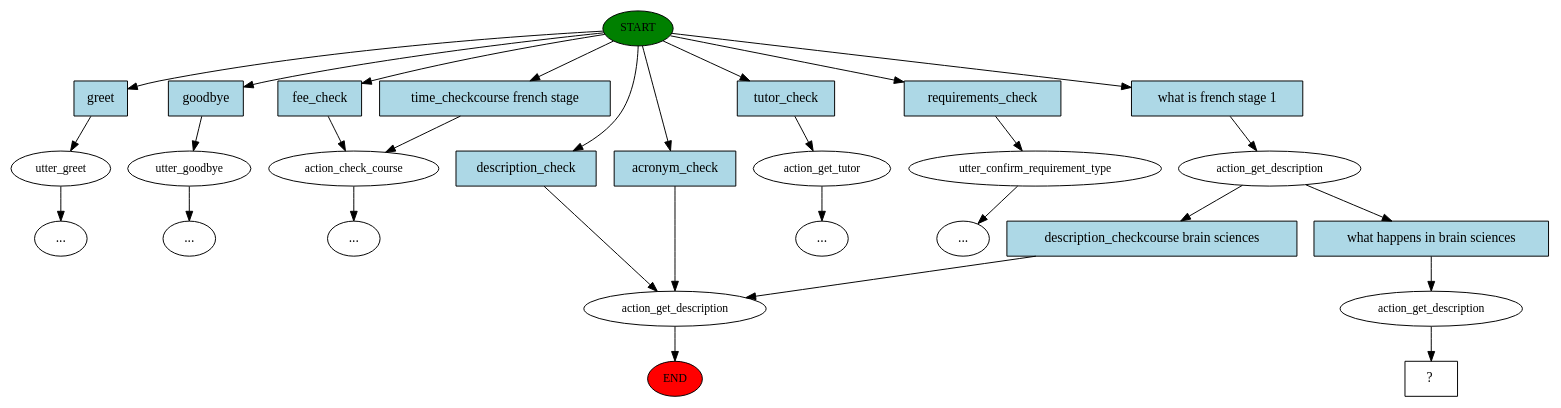
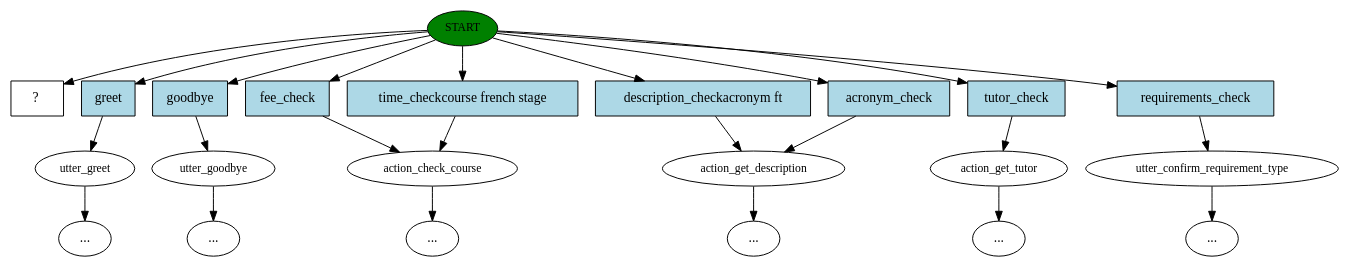
The diagram in chat-service/model/story_graph.dot (leonore/ugenie), drawn with Graphviz before and after one commit. The commit also changed 3 other files, not shown here.

```diff
--- a/chat-service/model/story_graph.dot
+++ b/chat-service/model/story_graph.dot
@@ -1,58 +1,47 @@
 digraph  {
 0 [class="start active", fillcolor=green, fontsize=12, label=START, style=filled];
-"-1" [class=end, fillcolor=red, fontsize=12, label=END, style=filled];
 1 [class="", fontsize=12, label=utter_greet];
 "-3" [class=ellipsis, label="..."];
 2 [class="", fontsize=12, label=utter_goodbye];
 "-4" [class=ellipsis, label="..."];
 3 [class="", fontsize=12, label=action_check_course];
 7 [class="", fontsize=12, label=action_get_description];
 9 [class="", fontsize=12, label=action_get_tutor];
-"-9" [class=ellipsis, label="..."];
+"-11" [class=ellipsis, label="..."];
 10 [class="", fontsize=12, label=utter_confirm_requirement_type];
-"-10" [class=ellipsis, label="..."];
 "-12" [class=ellipsis, label="..."];
-13 [class=active, fontsize=12, label=action_get_description];
-16 [class=active, fontsize=12, label=action_get_description];
-17 [class="intent dashed active", label="  ?  ", shape=rect];
-18 [class=intent, fillcolor=lightblue, label=greet, shape=rect, style=filled];
-19 [class=intent, fillcolor=lightblue, label=goodbye, shape=rect, style=filled];
-20 [class=intent, fillcolor=lightblue, label=fee_check, shape=rect, style=filled];
-21 [class=intent, fillcolor=lightblue, label="time_checkcourse french stage", shape=rect, style=filled];
-22 [class=intent, fillcolor=lightblue, label=description_check, shape=rect, style=filled];
-23 [class=intent, fillcolor=lightblue, label=acronym_check, shape=rect, style=filled];
-24 [class=intent, fillcolor=lightblue, label=tutor_check, shape=rect, style=filled];
-25 [class=intent, fillcolor=lightblue, label=requirements_check, shape=rect, style=filled];
-26 [class="intent active", fillcolor=lightblue, label="what is french stage 1", shape=rect, style=filled];
-27 [class=intent, fillcolor=lightblue, label="description_checkcourse brain sciences", shape=rect, style=filled];
-28 [class="intent active", fillcolor=lightblue, label="what happens in brain sciences", shape=rect, style=filled];
+"-14" [class=ellipsis, label="..."];
+"-16" [class=ellipsis, label="..."];
+15 [class="intent dashed active", label="  ?  ", shape=rect];
+16 [class=intent, fillcolor=lightblue, label=greet, shape=rect, style=filled];
+17 [class=intent, fillcolor=lightblue, label=goodbye, shape=rect, style=filled];
+18 [class=intent, fillcolor=lightblue, label=fee_check, shape=rect, style=filled];
+19 [class=intent, fillcolor=lightblue, label="time_checkcourse french stage", shape=rect, style=filled];
+20 [class=intent, fillcolor=lightblue, label="description_checkacronym ft", shape=rect, style=filled];
+21 [class=intent, fillcolor=lightblue, label=acronym_check, shape=rect, style=filled];
+22 [class=intent, fillcolor=lightblue, label=tutor_check, shape=rect, style=filled];
+23 [class=intent, fillcolor=lightblue, label=requirements_check, shape=rect, style=filled];
+0 -> 15  [class=active, key=NONE, label=""];
+0 -> 16  [class="", key=0];
+0 -> 17  [class="", key=0];
 0 -> 18  [class="", key=0];
 0 -> 19  [class="", key=0];
 0 -> 20  [class="", key=0];
 0 -> 21  [class="", key=0];
 0 -> 22  [class="", key=0];
 0 -> 23  [class="", key=0];
-0 -> 24  [class="", key=0];
-0 -> 25  [class="", key=0];
-0 -> 26  [class=active, key=0];
 1 -> "-3"  [class="", key=NONE, label=""];
 2 -> "-4"  [class="", key=NONE, label=""];
-3 -> "-12"  [class="", key=NONE, label=""];
-7 -> "-1"  [class="", key=NONE, label=""];
-9 -> "-9"  [class="", key=NONE, label=""];
-10 -> "-10"  [class="", key=NONE, label=""];
-13 -> 27  [class="", key=0];
-13 -> 28  [class=active, key=0];
-16 -> 17  [class=active, key=NONE, label=""];
-18 -> 1  [class="", key=0];
-19 -> 2  [class="", key=0];
-20 -> 3  [class="", key=0];
-21 -> 3  [class="", key=0];
-22 -> 7  [class="", key=0];
-23 -> 7  [class="", key=0];
-24 -> 9  [class="", key=0];
-25 -> 10  [class="", key=0];
-26 -> 13  [class=active, key=0];
-27 -> 7  [class="", key=0];
-28 -> 16  [class=active, key=0];
+3 -> "-14"  [class="", key=NONE, label=""];
+7 -> "-16"  [class="", key=NONE, label=""];
+9 -> "-11"  [class="", key=NONE, label=""];
+10 -> "-12"  [class="", key=NONE, label=""];
+16 -> 1  [class="", key=0];
+17 -> 2  [class="", key=0];
+18 -> 3  [class="", key=0];
+19 -> 3  [class="", key=0];
+20 -> 7  [class="", key=0];
+21 -> 7  [class="", key=0];
+22 -> 9  [class="", key=0];
+23 -> 10  [class="", key=0];
 }
```
